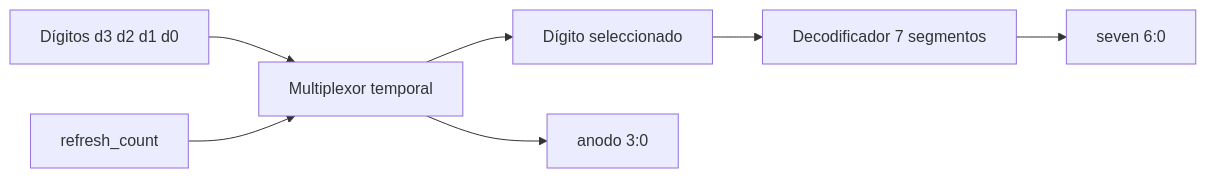
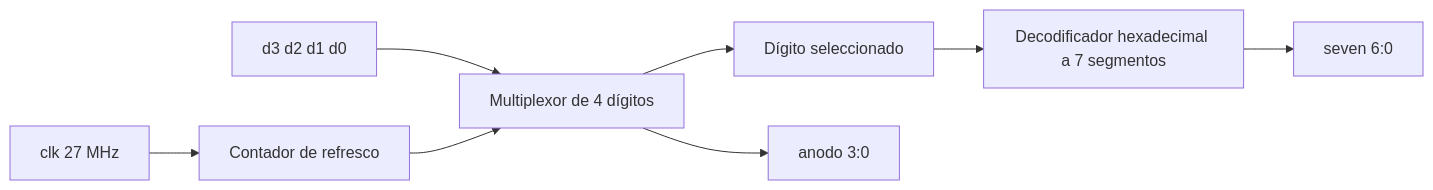
One commit to JohnProgr/Proyecto_2 changed the fourth of 5 diagrams in README.md. Above: the diagram before and after it, drawn with Mermaid. The commit also changed other lines of this file, not shown here.

````diff
--- a/README.md
+++ b/README.md
@@ -257,9 +249,10 @@
 ```mermaid
 flowchart LR
-    D[Dígitos d3 d2 d1 d0] --> MUX[Multiplexor temporal]
-    CNT[refresh_count] --> MUX
+    D[d3 d2 d1 d0] --> MUX[Multiplexor de 4 dígitos]
+    CLK[clk 27 MHz] --> REF[Contador de refresco]
+    REF --> MUX
     MUX --> DIG[Dígito seleccionado]
-    DIG --> DEC[Decodificador 7 segmentos]
-    DEC --> SEVEN[seven 6:0]
-    MUX --> ANODO[anodo 3:0]
+    DIG --> DEC[Decodificador hexadecimal a 7 segmentos]
+    DEC --> SEG[seven 6:0]
+    MUX --> AN[anodo 3:0]
 ```
````
